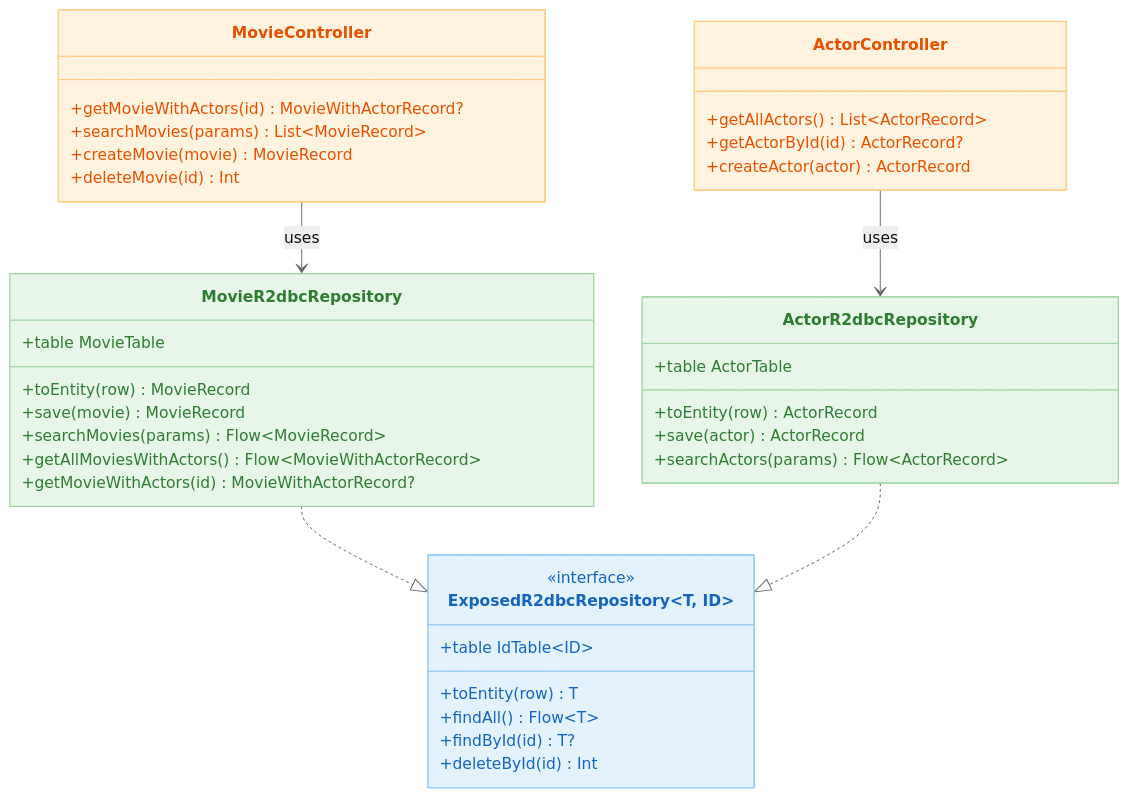
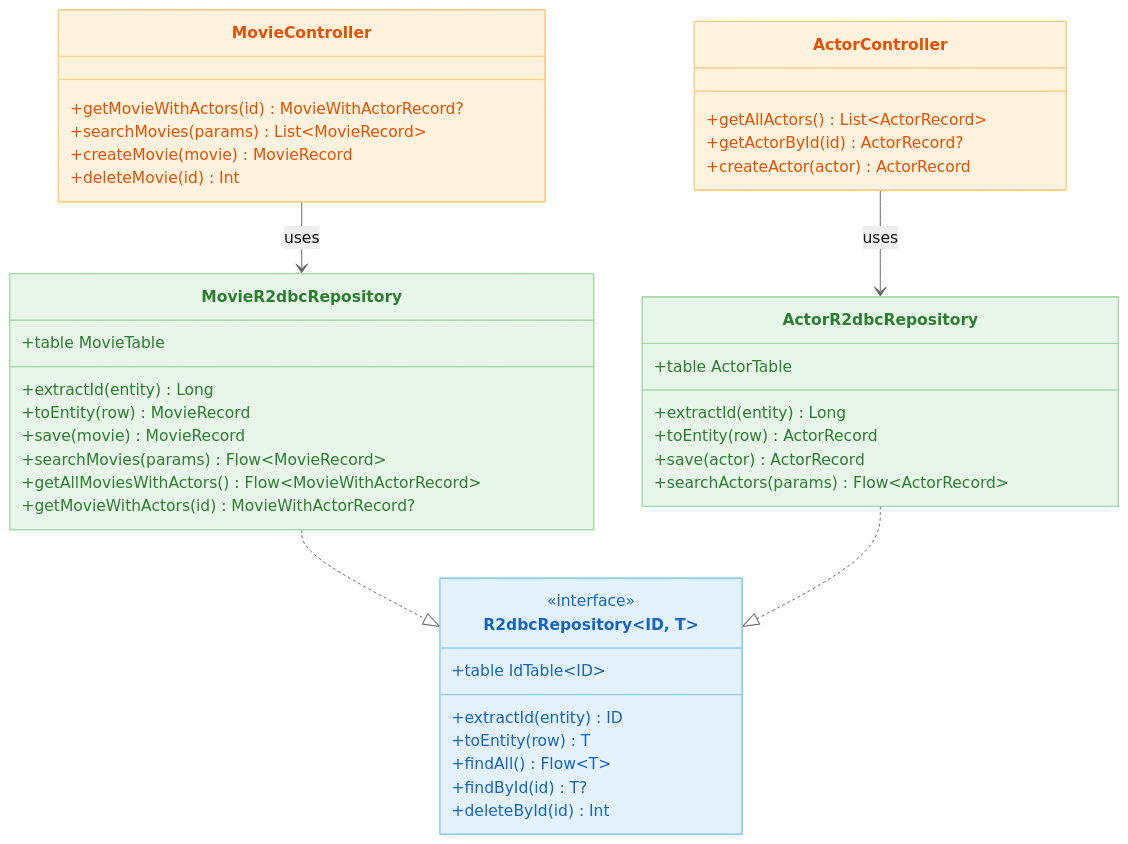
Before and after one commit to bluetape4k/exposed-r2dbc-workshop: the first of 3 diagrams in 09-spring/05-exposed-r2dbc-repository-coroutines/README.ko.md, drawn with Mermaid. The commit also changed other lines of this file and 25 other files, not shown here.

````diff
--- a/09-spring/05-exposed-r2dbc-repository-coroutines/README.ko.md
+++ b/09-spring/05-exposed-r2dbc-repository-coroutines/README.ko.md
@@ -52,48 +52,51 @@
 ```mermaid
 %%{init: {"theme": "neutral"}}%%
 classDiagram
-    class ExposedR2dbcRepository~T, ID~ {
+    class R2dbcRepository~ID, T~ {
         <<interface>>
         +table IdTable~ID~
+        +extractId(entity) ID
         +toEntity(row) T
         +findAll() Flow~T~
         +findById(id) T?
         +deleteById(id) Int
     }
     class MovieR2dbcRepository {
         +table MovieTable
+        +extractId(entity) Long
         +toEntity(row) MovieRecord
         +save(movie) MovieRecord
         +searchMovies(params) Flow~MovieRecord~
         +getAllMoviesWithActors() Flow~MovieWithActorRecord~
         +getMovieWithActors(id) MovieWithActorRecord?
     }
     class ActorR2dbcRepository {
         +table ActorTable
+        +extractId(entity) Long
         +toEntity(row) ActorRecord
         +save(actor) ActorRecord
         +searchActors(params) Flow~ActorRecord~
     }
     class MovieController {
         +getMovieWithActors(id) MovieWithActorRecord?
         +searchMovies(params) List~MovieRecord~
         +createMovie(movie) MovieRecord
         +deleteMovie(id) Int
     }
     class ActorController {
         +getAllActors() List~ActorRecord~
         +getActorById(id) ActorRecord?
         +createActor(actor) ActorRecord
     }
 
-    MovieR2dbcRepository ..|> ExposedR2dbcRepository
-    ActorR2dbcRepository ..|> ExposedR2dbcRepository
+    MovieR2dbcRepository ..|> R2dbcRepository
+    ActorR2dbcRepository ..|> R2dbcRepository
     MovieController --> MovieR2dbcRepository: uses
     ActorController --> ActorR2dbcRepository: uses
 
-    style ExposedR2dbcRepository fill:#E3F2FD,stroke:#90CAF9,color:#1565C0
+    style R2dbcRepository fill:#E3F2FD,stroke:#90CAF9,color:#1565C0
     style MovieR2dbcRepository fill:#E8F5E9,stroke:#A5D6A7,color:#2E7D32
     style ActorR2dbcRepository fill:#E8F5E9,stroke:#A5D6A7,color:#2E7D32
     style MovieController fill:#FFF3E0,stroke:#FFCC80,color:#E65100
     style ActorController fill:#FFF3E0,stroke:#FFCC80,color:#E65100
 ```
````
